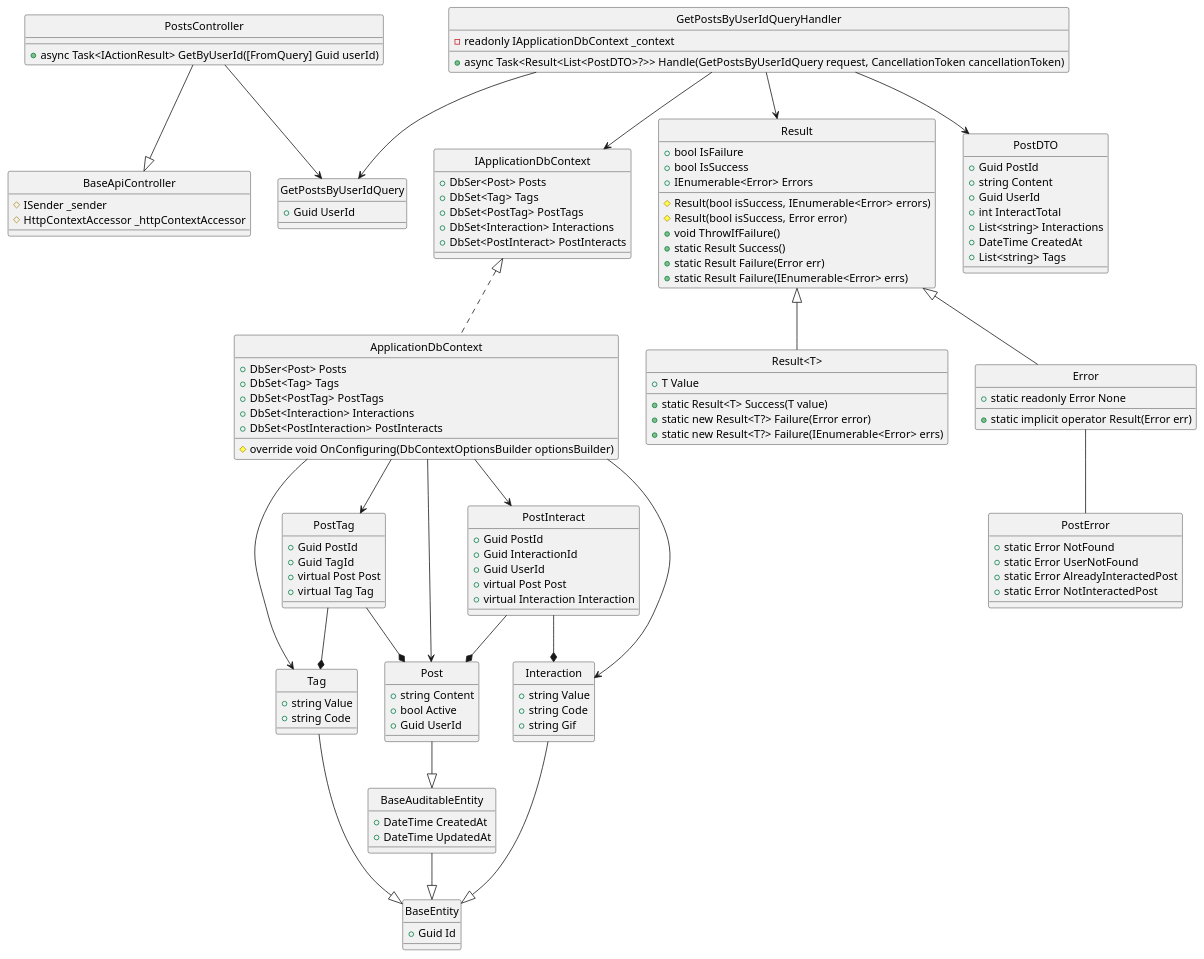
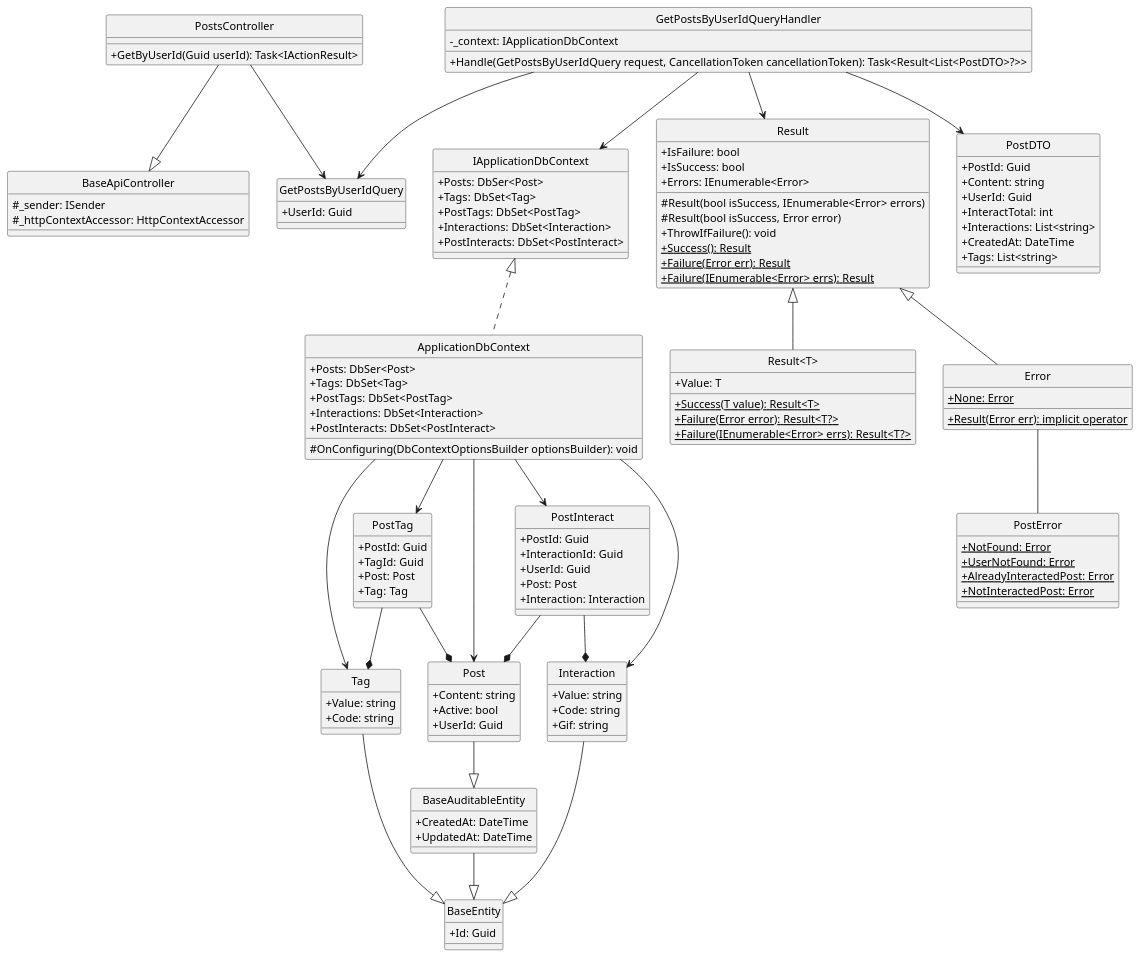
One commit to Carl-Johnsons/Chat-Application changed the diagram in docs/Class Diagram/Post/Post/GetByUserId/ClassDiagram.plantuml. Above: the diagram before and after it, drawn with PlantUML. The commit also changed 21 other files, not shown here.

```diff
--- a/docs/Class Diagram/Post/Post/GetByUserId/ClassDiagram.plantuml
+++ b/docs/Class Diagram/Post/Post/GetByUserId/ClassDiagram.plantuml
@@ -1,144 +1,150 @@
 @startuml 
 hide circle
+skinparam classAttributeIconSize 0
 
 class BaseApiController {
-    #ISender _sender
-    #HttpContextAccessor _httpContextAccessor
+    #_sender: ISender
+    #_httpContextAccessor: HttpContextAccessor
 }
 
 class PostsController {
-    +async Task<IActionResult> GetByUserId([FromQuery] Guid userId)
+    +GetByUserId(Guid userId): Task<IActionResult>
 }
 
 class GetPostsByUserIdQuery {
-    +Guid UserId
+    +UserId: Guid
 }
 
 class GetPostsByUserIdQueryHandler {
-    -readonly IApplicationDbContext _context
-    +async Task<Result<List<PostDTO>?>> Handle(GetPostsByUserIdQuery request, CancellationToken cancellationToken)
+    -_context: IApplicationDbContext
+    +Handle(GetPostsByUserIdQuery request, CancellationToken cancellationToken): Task<Result<List<PostDTO>?>>
 }
 
 class IApplicationDbContext {
-    +DbSer<Post> Posts
-    +DbSet<Tag> Tags
-    +DbSet<PostTag> PostTags
-    +DbSet<Interaction> Interactions
-    +DbSet<PostInteract> PostInteracts
+    +Posts: DbSer<Post>
+    +Tags: DbSet<Tag>
+    +PostTags: DbSet<PostTag> 
+    +Interactions: DbSet<Interaction> 
+    +PostInteracts: DbSet<PostInteract>
 }
 
 class ApplicationDbContext {
-    +DbSer<Post> Posts
-    +DbSet<Tag> Tags
-    +DbSet<PostTag> PostTags
-    +DbSet<Interaction> Interactions
-    +DbSet<PostInteraction> PostInteracts
-    #override void OnConfiguring(DbContextOptionsBuilder optionsBuilder)
+    +Posts: DbSer<Post>
+    +Tags: DbSet<Tag>
+    +PostTags: DbSet<PostTag> 
+    +Interactions: DbSet<Interaction> 
+    +PostInteracts: DbSet<PostInteract>
+    #OnConfiguring(DbContextOptionsBuilder optionsBuilder): void
 }
 
 class Result {
-    +bool IsFailure
-    +bool IsSuccess
-    +IEnumerable<Error> Errors
+    +IsFailure: bool
+    +IsSuccess: bool
+    +Errors: IEnumerable<Error>
     #Result(bool isSuccess, IEnumerable<Error> errors)
     #Result(bool isSuccess, Error error)
-    +void ThrowIfFailure()
-    +static Result Success()
-    +static Result Failure(Error err)
-    +static Result Failure(IEnumerable<Error> errs)
+    +ThrowIfFailure(): void
+    +{static} Success(): Result
+    +{static} Failure(Error err): Result
+    +{static} Failure(IEnumerable<Error> errs): Result
 }
 
 class "Result<T>" {
-    +T Value
-    +static Result<T> Success(T value)
-    +static new Result<T?> Failure(Error error)
-    +static new Result<T?> Failure(IEnumerable<Error> errs)
+    +Value: T
+    +{static} Success(T value): Result<T>
+    +{static} Failure(Error error): Result<T?>
+    +{static} Failure(IEnumerable<Error> errs): Result<T?>
 }
 
 class Error {
-    +static readonly Error None
-    +static implicit operator Result(Error err)
+    +{static} None: Error 
+    +{static} Result(Error err): implicit operator
 }
 
 class PostError {
-    +static Error NotFound
-    +static Error UserNotFound
-    +static Error AlreadyInteractedPost
-    +static Error NotInteractedPost
+    +{static} NotFound: Error
+    +{static} UserNotFound: Error
+    +{static} AlreadyInteractedPost: Error
+    +{static} NotInteractedPost: Error
 }
 
 class PostDTO {
-    +Guid PostId
-    +string Content
-    +Guid UserId
-    +int InteractTotal 
-    +List<string> Interactions
-    +DateTime CreatedAt
-    +List<string> Tags
+    +PostId: Guid
+    +Content: string
+    +UserId: Guid
+    +InteractTotal: int
+    +Interactions: List<string>
+    +CreatedAt: DateTime 
+    +Tags: List<string>
 }
 
 class BaseEntity {
-    +Guid Id
+    +Id: Guid
 }
 
 class BaseAuditableEntity{
-    +DateTime CreatedAt
-    +DateTime UpdatedAt
+    +CreatedAt: DateTime
+    +UpdatedAt: DateTime
 }
 
 class Tag {
-    +string Value
-    +string Code
+    +Value: string
+    +Code: string
 }
 
 class Post {
-    +string Content
-    +bool Active
-    +Guid UserId
+    +Content: string
+    +Active: bool
+    +UserId: Guid
 }
 
 class PostTag {
-    +Guid PostId
-    +Guid TagId 
-    +virtual Post Post
-    +virtual Tag Tag
+    +PostId: Guid
+    +TagId: Guid
+    +Post: Post
+    +Tag: Tag
 }
 
 class Interaction {
-    +string Value
-    +string Code
-    +string Gif
+    +Value: string
+    +Code: string
+    +Gif: string
 }
 
 class PostInteract {
-    +Guid PostId
-    +Guid InteractionId
-    +Guid UserId
-    +virtual Post Post
-    +virtual Interaction Interaction
+    +PostId: Guid
+    +InteractionId: Guid
+    +UserId: Guid
+    +Post: Post
+    +Interaction: Interaction
 }
 
+'==== Get Post By User Id====
+'API Layer
 PostsController --|> BaseApiController
 PostsController --> GetPostsByUserIdQuery
+'Application Layer
 GetPostsByUserIdQueryHandler --> GetPostsByUserIdQuery
 GetPostsByUserIdQueryHandler --> Result
 GetPostsByUserIdQueryHandler --> IApplicationDbContext
 GetPostsByUserIdQueryHandler --> PostDTO
-IApplicationDbContext <|.. ApplicationDbContext
+'Domain Layer
 Result <|-- Error
 Result <|-- "Result<T>"
 Error -- PostError
-ApplicationDbContext --> Tag
-ApplicationDbContext --> Post
-ApplicationDbContext --> PostTag
-ApplicationDbContext --> Interaction
-ApplicationDbContext --> PostInteract
 Tag --|> BaseEntity
 Interaction --|> BaseEntity
 Post --|> BaseAuditableEntity
 BaseAuditableEntity --|> BaseEntity
 PostTag --* Post
 PostTag --* Tag
 PostInteract --* Post
 PostInteract --* Interaction
+'Infrastructure Layer
+IApplicationDbContext <|.. ApplicationDbContext
+ApplicationDbContext --> Tag
+ApplicationDbContext --> Post
+ApplicationDbContext --> PostTag
+ApplicationDbContext --> Interaction
+ApplicationDbContext --> PostInteract
 @enduml
```
